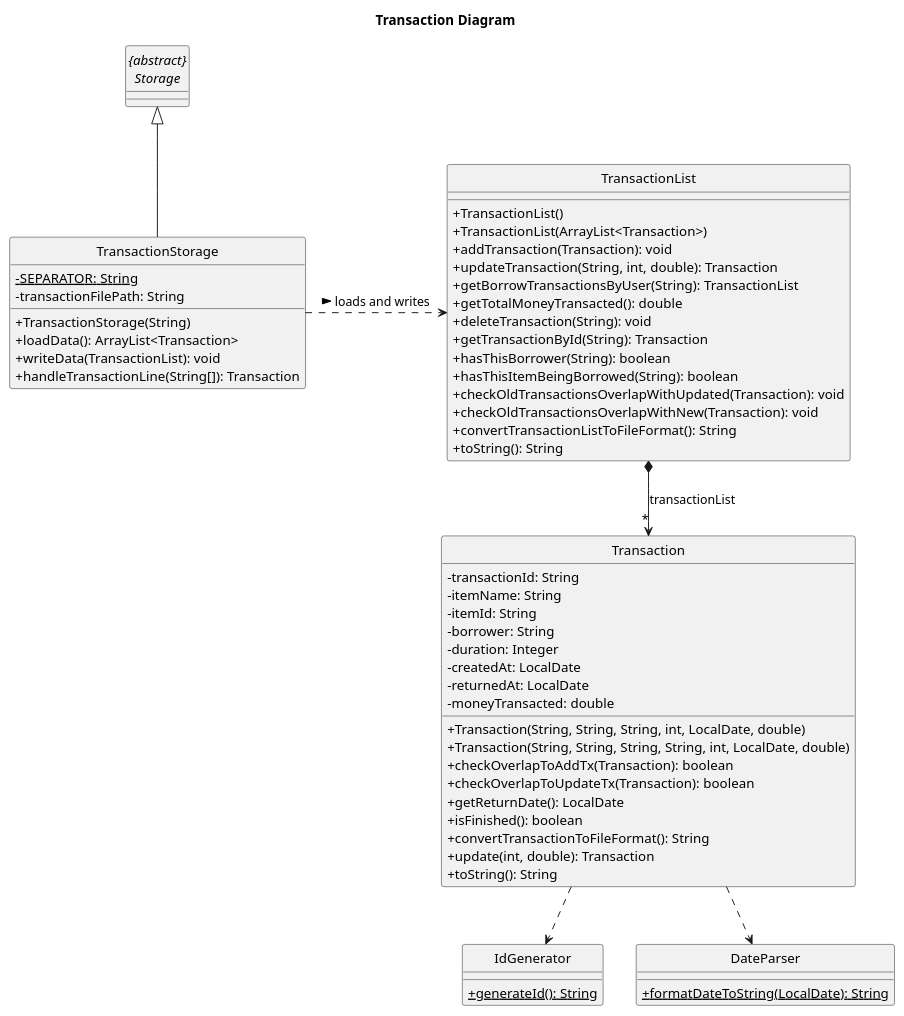
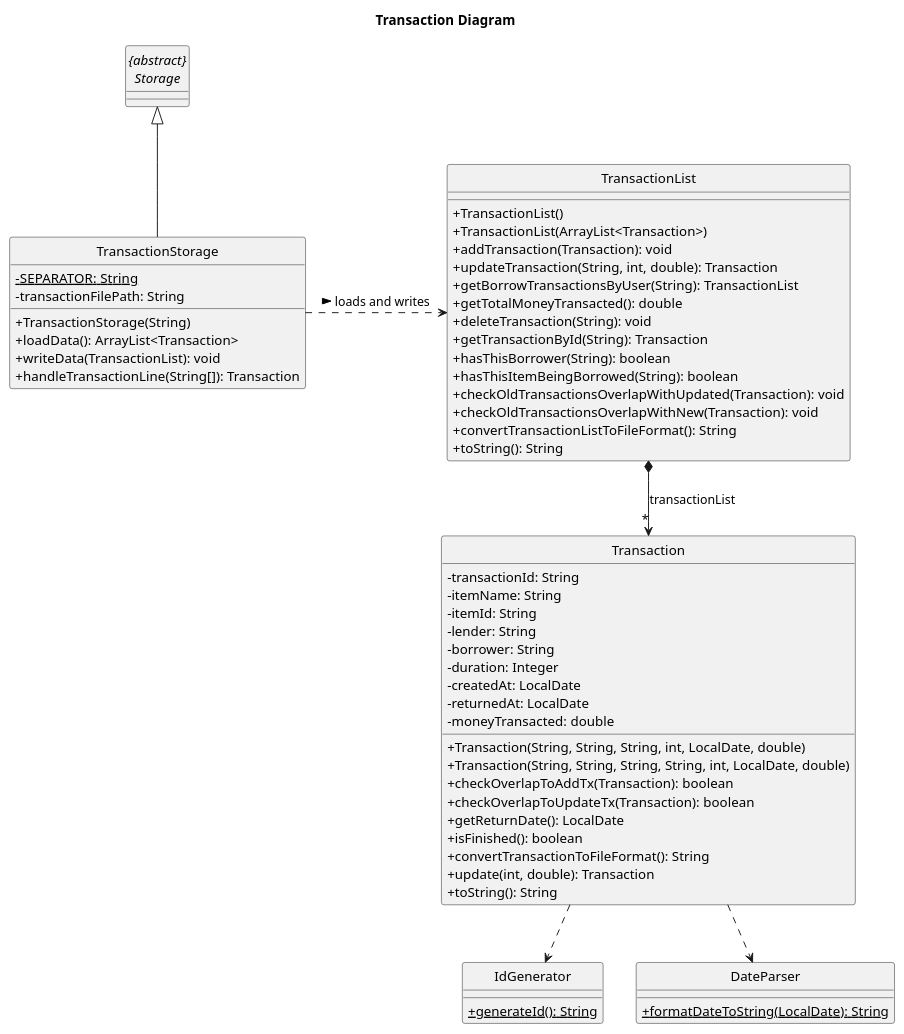
Before and after one commit to nus-cs2113-AY2223S1/tp: the diagram in docs/diagrams/transaction/TransactionClass.puml, drawn with PlantUML. The commit also changed 38 other files, not shown here.

```diff
--- a/docs/diagrams/transaction/TransactionClass.puml
+++ b/docs/diagrams/transaction/TransactionClass.puml
@@ -1,72 +1,73 @@
 @startuml
 title Transaction Diagram
 
 skinparam classAttributeIconSize 0
 hide footbox
 hide circle
 
 class Transaction {
     - transactionId: String
     - itemName: String
     - itemId: String
+    - lender: String
     - borrower: String
     - duration: Integer
     - createdAt: LocalDate
     - returnedAt: LocalDate
     - moneyTransacted: double
 
     + Transaction(String, String, String, int, LocalDate, double)
     + Transaction(String, String, String, String, int, LocalDate, double)
     + checkOverlapToAddTx(Transaction): boolean
     + checkOverlapToUpdateTx(Transaction): boolean
     + getReturnDate(): LocalDate
     + isFinished(): boolean
     + convertTransactionToFileFormat(): String
     + update(int, double): Transaction
     + toString(): String
 }
 
 class TransactionList {
     + TransactionList()
     + TransactionList(ArrayList<Transaction>)
     + addTransaction(Transaction): void
     + updateTransaction(String, int, double): Transaction
     + getBorrowTransactionsByUser(String): TransactionList
     + getTotalMoneyTransacted(): double
     + deleteTransaction(String): void
     + getTransactionById(String): Transaction
     + hasThisBorrower(String): boolean
     + hasThisItemBeingBorrowed(String): boolean
     + checkOldTransactionsOverlapWithUpdated(Transaction): void
     + checkOldTransactionsOverlapWithNew(Transaction): void
     + convertTransactionListToFileFormat(): String
     + toString(): String
 }
 
 class TransactionStorage {
     {static} - SEPARATOR: String
     - transactionFilePath: String
     + TransactionStorage(String)
     + loadData(): ArrayList<Transaction>
     + writeData(TransactionList): void
     + handleTransactionLine(String[]): Transaction
 }
 
 class IdGenerator {
     {static} + generateId(): String
 }
 
 abstract class "{abstract}\nStorage" {
 }
 
 class DateParser {
     {static} + formatDateToString(LocalDate): String
 }
 
 TransactionStorage .> TransactionList : > loads and writes
 TransactionList *--> "*" Transaction: transactionList
 Transaction ..> IdGenerator
 Transaction ..> DateParser
 "{abstract}\nStorage" <|-- TransactionStorage
 
 @enduml
```
